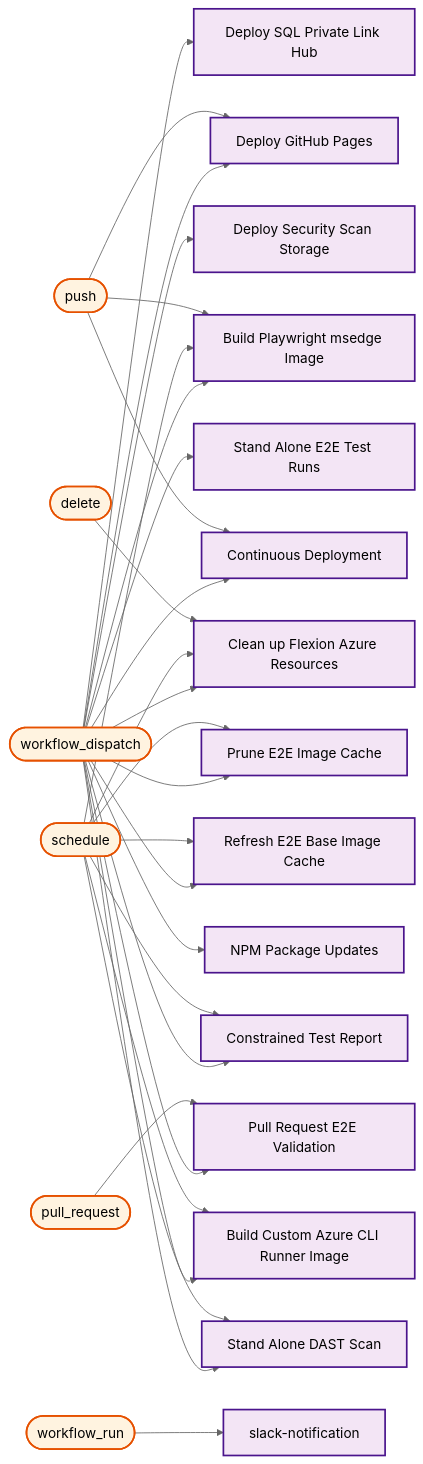
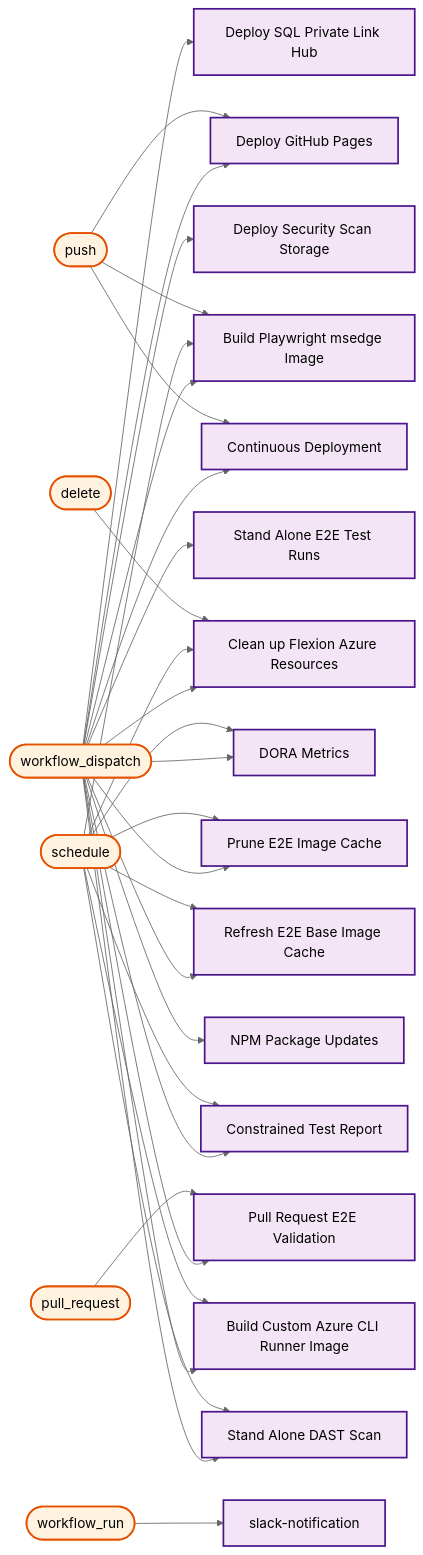
One commit to US-Trustee-Program/Bankruptcy-Oversight-Support-Systems changed diagram 27 of 27 in docs/operations/workflow-diagram.md. Above: the diagram before and after it, drawn with Mermaid (neutral theme). The commit also changed other lines of this file and 1 other file, not shown here.

```diff
--- a/docs/operations/workflow-diagram.md
+++ b/docs/operations/workflow-diagram.md
@@ -1294,6 +1360,7 @@
     deploy_sql_hub_yml["Deploy SQL Private Link Hub"]
     build_playwright_msedge_image_yml["Build Playwright msedge Image"]
     deploy_security_scan_storage_yml["Deploy Security Scan Storage"]
+    dora_metrics_yml["DORA Metrics"]
     deploy_pages_yml["Deploy GitHub Pages"]
     e2e_test_yml["Stand Alone E2E Test Runs"]
     azure_remove_branch_yml["Clean up Flexion Azure Resources"]
@@ -1307,6 +1374,7 @@
     update_dependencies_yml["NPM Package Updates"]
     trigger_schedule(["schedule"])
     build_playwright_msedge_image_yml["Build Playwright msedge Image"]
+    dora_metrics_yml["DORA Metrics"]
     azure_remove_branch_yml["Clean up Flexion Azure Resources"]
     prune_e2e_image_cache_yml["Prune E2E Image Cache"]
     refresh_e2e_base_images_yml["Refresh E2E Base Image Cache"]
@@ -1327,6 +1395,7 @@
     trigger_workflow_dispatch --> deploy_sql_hub_yml
     trigger_workflow_dispatch --> build_playwright_msedge_image_yml
     trigger_workflow_dispatch --> deploy_security_scan_storage_yml
+    trigger_workflow_dispatch --> dora_metrics_yml
     trigger_workflow_dispatch --> deploy_pages_yml
     trigger_workflow_dispatch --> e2e_test_yml
     trigger_workflow_dispatch --> azure_remove_branch_yml
@@ -1339,6 +1408,7 @@
     trigger_workflow_dispatch --> dast_scan_yml
     trigger_workflow_dispatch --> update_dependencies_yml
     trigger_schedule --> build_playwright_msedge_image_yml
+    trigger_schedule --> dora_metrics_yml
     trigger_schedule --> azure_remove_branch_yml
     trigger_schedule --> prune_e2e_image_cache_yml
     trigger_schedule --> refresh_e2e_base_images_yml
@@ -1364,6 +1434,8 @@
     class deploy_sql_hub_yml mainWorkflow
     class build_playwright_msedge_image_yml mainWorkflow
     class deploy_security_scan_storage_yml mainWorkflow
+    class dora_metrics_yml mainWorkflow
+    class active_issue_notification_yml mainWorkflow
     class deploy_pages_yml mainWorkflow
     class e2e_test_yml mainWorkflow
     class azure_remove_branch_yml mainWorkflow
```
